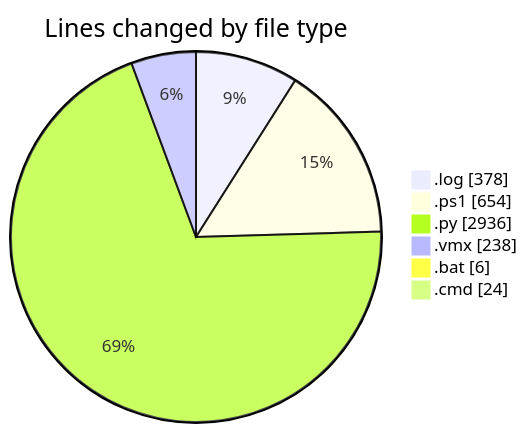
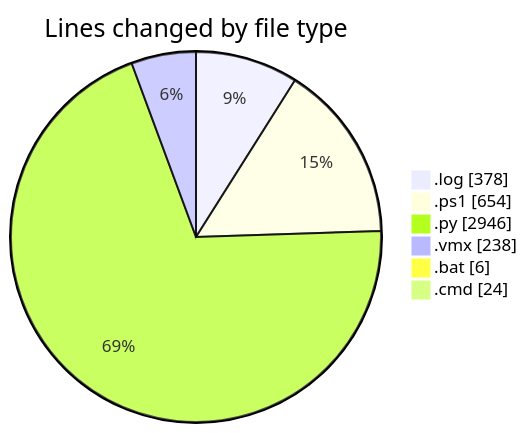
Before and after one commit to shibass792/code-tracking: the first of 2 diagrams in 2026-07-08/twenty_versions_aminor/README.md, drawn with Mermaid. The commit also changed other lines of this file and 1 other file, not shown here.

````diff
--- a/2026-07-08/twenty_versions_aminor/README.md
+++ b/2026-07-08/twenty_versions_aminor/README.md
@@ -33,10 +33,10 @@
 ```mermaid
 pie showData
 title Lines changed by file type
 ".log" : 378
 ".ps1" : 654
-".py" : 2936
+".py" : 2946
 ".vmx" : 238
 ".bat" : 6
 ".cmd" : 24
 ```
````
